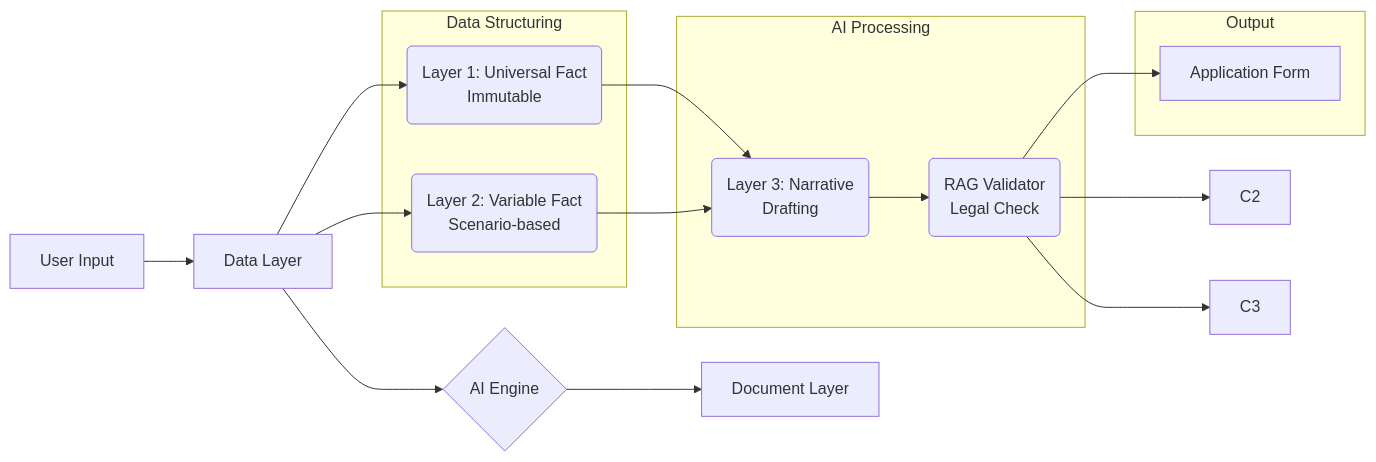
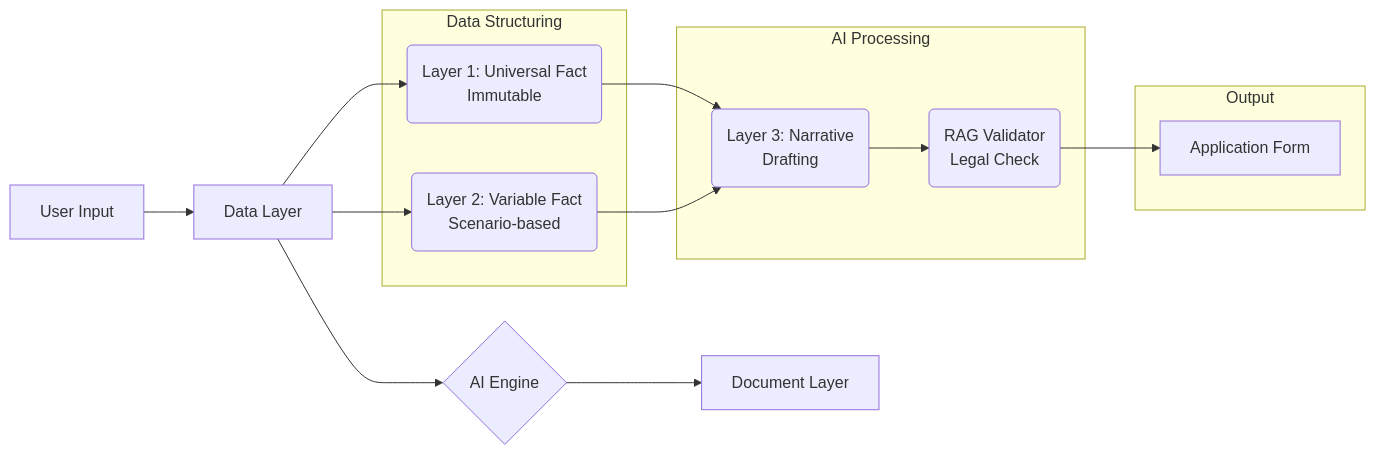
Before and after one commit to korea-stay/.github: the diagram in profile/README.md, drawn with Mermaid.

````diff
--- a/profile/README.md
+++ b/profile/README.md
@@ -43,27 +43,25 @@
 ```mermaid
 graph LR
     User[User Input] --> A[Data Layer]
     A --> B{AI Engine}
     B --> C[Document Layer]
 
     subgraph "Data Structuring"
         A1(Layer 1: Universal Fact<br/>Immutable)
         A2(Layer 2: Variable Fact<br/>Scenario-based)
     end
     
     subgraph "AI Processing"
         B1(Layer 3: Narrative<br/>Drafting)
         B2(RAG Validator<br/>Legal Check)
     end
 
     subgraph "Output"
         C1[Application Form]
     end
 
     A --> A1 & A2
     A1 & A2 --> B1
     B1 --> B2
     B2 --> C1
-    B2 --> C2
-    B2 --> C3
 ```
````
